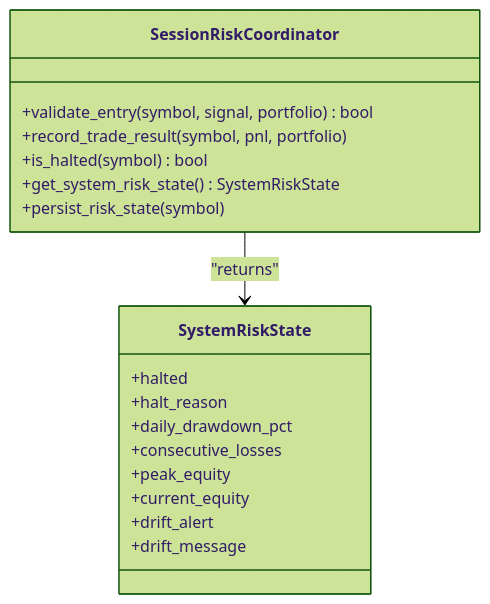
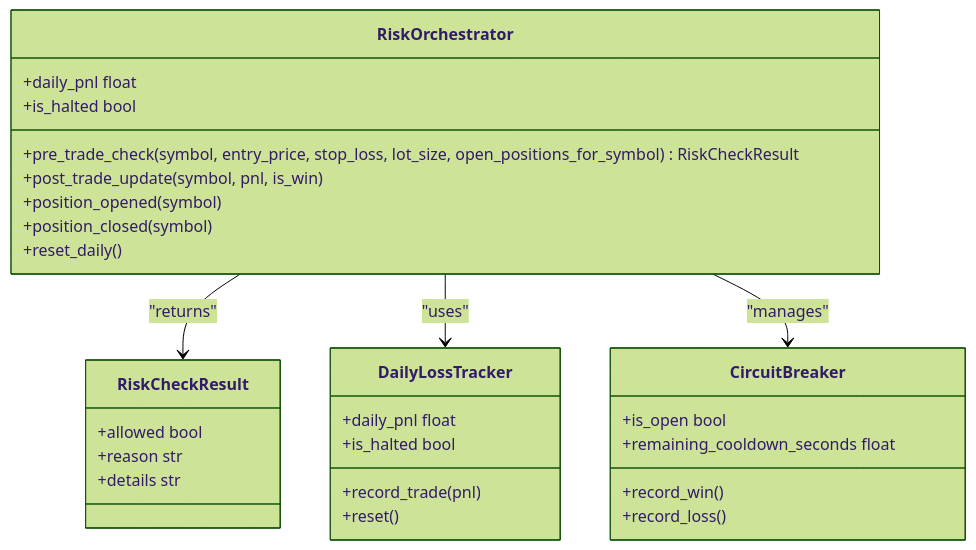
Before and after one commit to gemrajkhatry-maker/v5-of-glassytrade-ai: the seventh of 10 diagrams in .qoder/repowiki/en/content/Advanced Topics/Advanced Topics.md, drawn with Mermaid (forest theme). The commit also changed other lines of this file and 930 other files, not shown here.

````diff
--- a/.qoder/repowiki/en/content/Advanced Topics/Advanced Topics.md
+++ b/.qoder/repowiki/en/content/Advanced Topics/Advanced Topics.md
@@ -232,21 +387,32 @@
 ```mermaid
 classDiagram
-class SessionRiskCoordinator {
-+validate_entry(symbol, signal, portfolio) bool
-+record_trade_result(symbol, pnl, portfolio)
-+is_halted(symbol) bool
-+get_system_risk_state() SystemRiskState
-+persist_risk_state(symbol)
+class RiskOrchestrator {
++pre_trade_check(symbol, entry_price, stop_loss, lot_size, open_positions_for_symbol) RiskCheckResult
++post_trade_update(symbol, pnl, is_win)
++position_opened(symbol)
++position_closed(symbol)
++reset_daily()
++daily_pnl float
++is_halted bool
 }
-class SystemRiskState {
-+halted
-+halt_reason
-+daily_drawdown_pct
-+consecutive_losses
-+peak_equity
-+current_equity
-+drift_alert
-+drift_message
+class RiskCheckResult {
++allowed bool
++reason str
++details str
 }
-SessionRiskCoordinator --> SystemRiskState : "returns"
+class DailyLossTracker {
++daily_pnl float
++is_halted bool
++record_trade(pnl)
++reset()
+}
+class CircuitBreaker {
++is_open bool
++remaining_cooldown_seconds float
++record_win()
++record_loss()
+}
+RiskOrchestrator --> RiskCheckResult : "returns"
+RiskOrchestrator --> DailyLossTracker : "uses"
+RiskOrchestrator --> CircuitBreaker : "manages"
 ```
````
